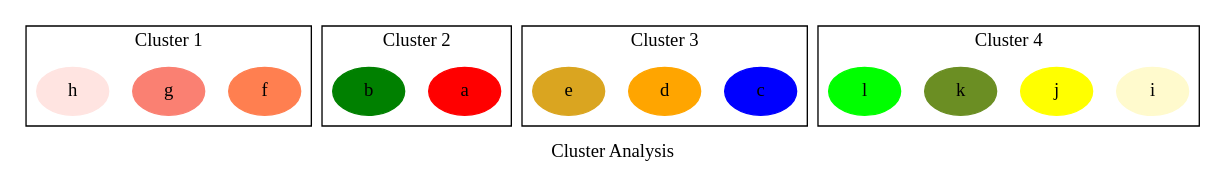
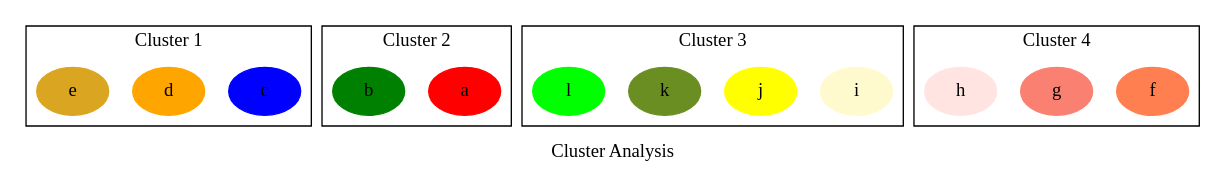
One commit to graphviz-perl/GraphViz2-Marpa-PathUtils changed the diagram in data/path.set.01.out.gv. Above: the diagram before and after it, drawn with Graphviz. The commit also changed 2 other files, not shown here.

```diff
--- a/data/path.set.01.out.gv
+++ b/data/path.set.01.out.gv
@@ -1,52 +1,40 @@
 strict digraph "Cluster Analysis"
 {
 graph [ label="Cluster Analysis" rankdir="TB" ]
 
 subgraph "cluster 1"
 {
 graph [ label="Cluster 1" rankdir="TB" ]
 
-"f" [ color="coral" style="filled" ]
-"g" [ color="salmon" style="filled" ]
-"h" [ color="mistyrose" style="filled" ]
-"f" [ color="coral" style="filled" ]
-"g" [ color="salmon" style="filled" ]
-"h" [ color="mistyrose" style="filled" ]
+"c" [ color="blue" style="filled" ]
+"d" [ color="orange" style="filled" ]
+"e" [ color="goldenrod" style="filled" ]
 }
 
 subgraph "cluster 2"
 {
 graph [ label="Cluster 2" rankdir="TB" ]
 
 "a" [ color="red" style="filled" ]
 "b" [ color="green" style="filled" ]
-"a" [ color="red" style="filled" ]
-"b" [ color="green" style="filled" ]
 }
 
 subgraph "cluster 3"
 {
 graph [ label="Cluster 3" rankdir="TB" ]
 
-"c" [ color="blue" style="filled" ]
-"d" [ color="orange" style="filled" ]
-"e" [ color="goldenrod" style="filled" ]
-"c" [ color="blue" style="filled" ]
-"d" [ color="orange" style="filled" ]
-"e" [ color="goldenrod" style="filled" ]
+"i" [ color="lemonchiffon" style="filled" ]
+"j" [ color="yellow" style="filled" ]
+"k" [ color="olivedrab" style="filled" ]
+"l" [ color="lime" style="filled" ]
 }
 
 subgraph "cluster 4"
 {
 graph [ label="Cluster 4" rankdir="TB" ]
 
-"i" [ color="lemonchiffon" style="filled" ]
-"j" [ color="yellow" style="filled" ]
-"k" [ color="olivedrab" style="filled" ]
-"l" [ color="lime" style="filled" ]
-"i" [ color="lemonchiffon" style="filled" ]
-"j" [ color="yellow" style="filled" ]
-"k" [ color="olivedrab" style="filled" ]
-"l" [ color="lime" style="filled" ]
+"f" [ color="coral" style="filled" ]
+"g" [ color="salmon" style="filled" ]
+"h" [ color="mistyrose" style="filled" ]
 }
 }
```
